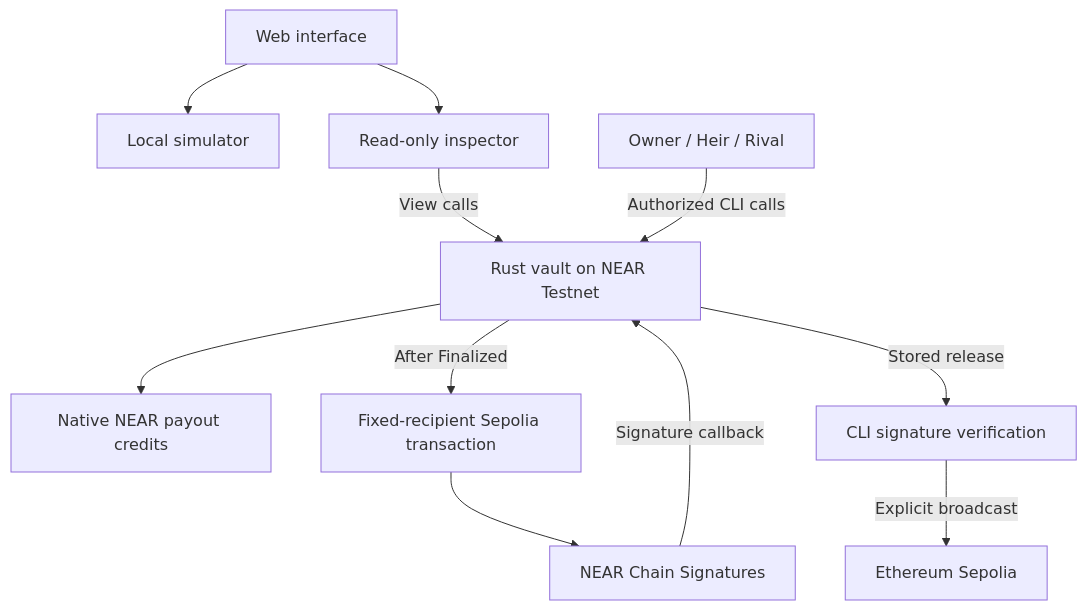
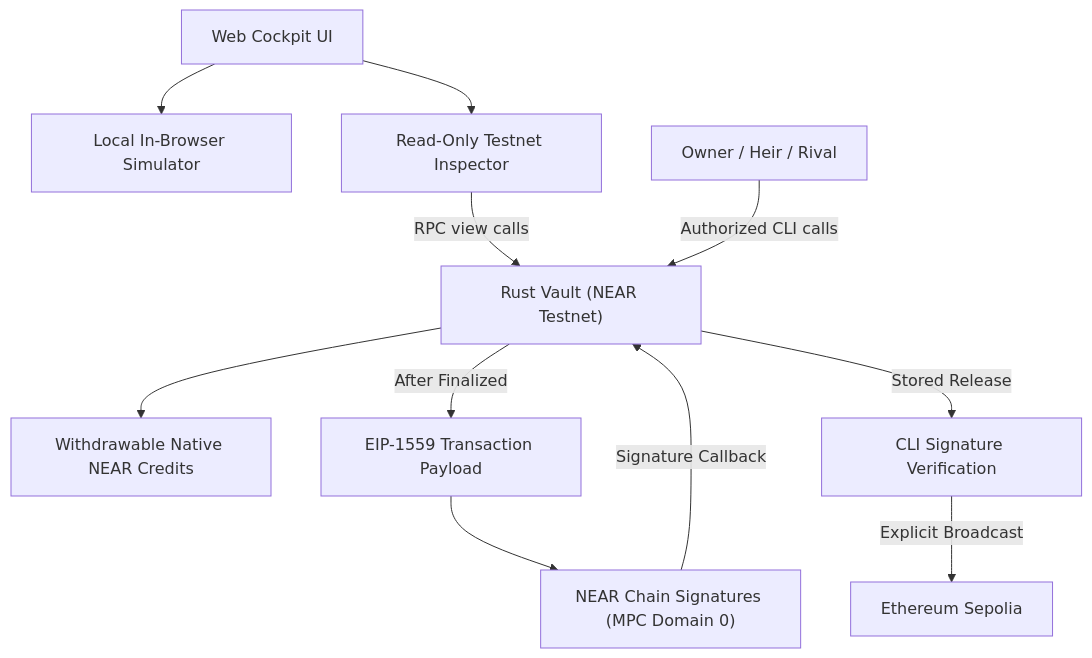
The diagram in README.md (StevBeq/Proof-Of-Grudge), drawn with Mermaid before and after one commit. The commit also changed other lines of this file and 8 other files, not shown here.

````diff
--- a/README.md
+++ b/README.md
@@ -47,13 +165,13 @@
 ```mermaid
 flowchart TD
-    Web[Web interface] --> Simulator[Local simulator]
-    Web --> Inspector[Read-only inspector]
-    Inspector -->|View calls| Vault[Rust vault on NEAR Testnet]
-    Actors[Owner / Heir / Rival] -->|Authorized CLI calls| Vault
-    Vault --> Credits[Native NEAR payout credits]
-    Vault -->|After Finalized| Payload[Fixed-recipient Sepolia transaction]
-    Payload --> MPC[NEAR Chain Signatures]
-    MPC -->|Signature callback| Vault
-    Vault -->|Stored release| Relay[CLI signature verification]
-    Relay -->|Explicit broadcast| Sepolia[Ethereum Sepolia]
+    Web["Web Cockpit UI"] --> Simulator["Local In-Browser Simulator"]
+    Web --> Inspector["Read-Only Testnet Inspector"]
+    Inspector -->|RPC view calls| Vault["Rust Vault (NEAR Testnet)"]
+    Actors["Owner / Heir / Rival"] -->|Authorized CLI calls| Vault
+    Vault --> Credits["Withdrawable Native NEAR Credits"]
+    Vault -->|After Finalized| Payload["EIP-1559 Transaction Payload"]
+    Payload --> MPC["NEAR Chain Signatures (MPC Domain 0)"]
+    MPC -->|Signature Callback| Vault
+    Vault -->|Stored Release| Relay["CLI Signature Verification"]
+    Relay -->|Explicit Broadcast| Sepolia["Ethereum Sepolia"]
 ```
````
